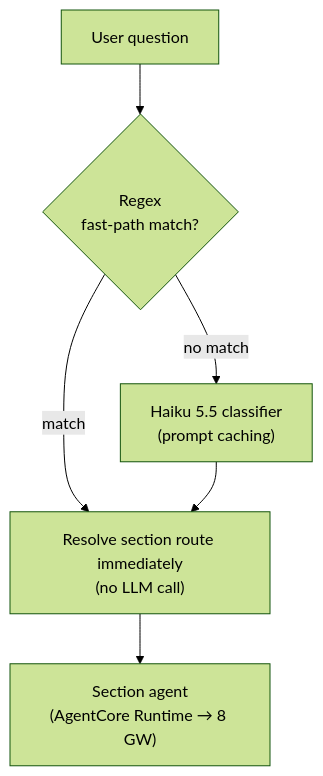
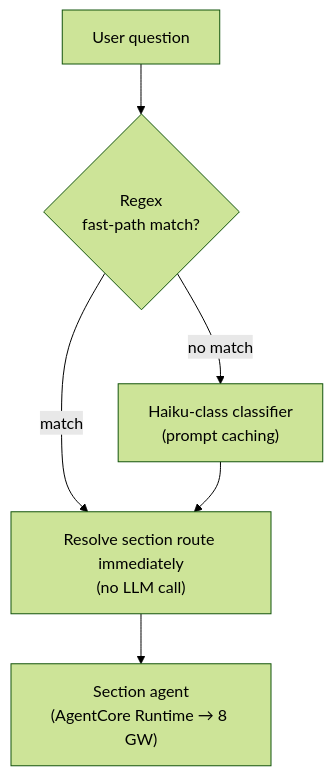
One commit to aws-samples/sample-awsops changed the third of 4 diagrams in docs-site/i18n/en/docusaurus-plugin-content-docs/current/faq/architecture.md. Above: the diagram before and after it, drawn with Mermaid (forest theme). The commit also changed other lines of this file and 38 other files, not shown here.

````diff
--- a/docs-site/i18n/en/docusaurus-plugin-content-docs/current/faq/architecture.md
+++ b/docs-site/i18n/en/docusaurus-plugin-content-docs/current/faq/architecture.md
@@ -127,8 +127,8 @@
 ```mermaid
 flowchart TD
   Q["User question"] --> REGEX{"Regex<br/>fast-path match?"}
   REGEX -->|"match"| ROUTE["Resolve section route immediately<br/>(no LLM call)"]
-  REGEX -->|"no match"| HAIKU["Haiku 5.5 classifier<br/>(prompt caching)"]
+  REGEX -->|"no match"| HAIKU["Haiku-class classifier<br/>(prompt caching)"]
   HAIKU --> ROUTE
   ROUTE --> AGENT["Section agent<br/>(AgentCore Runtime → 8 GW)"]
 ```
````
